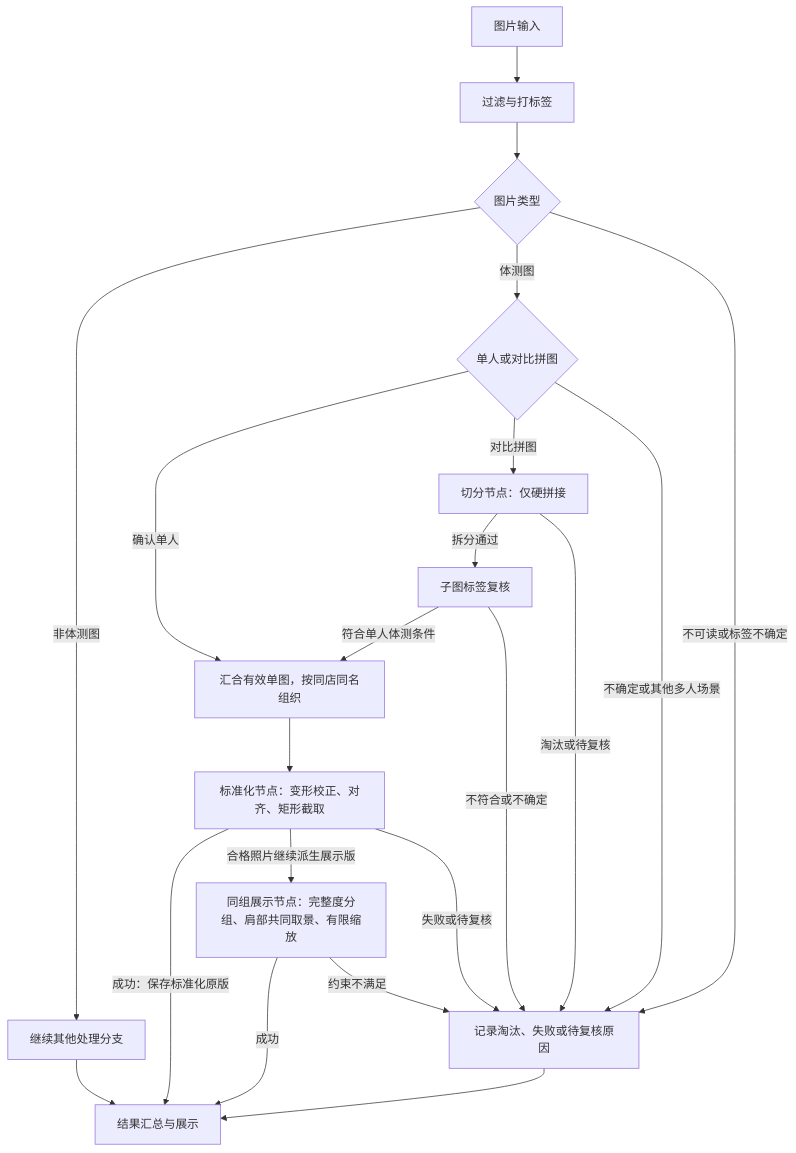
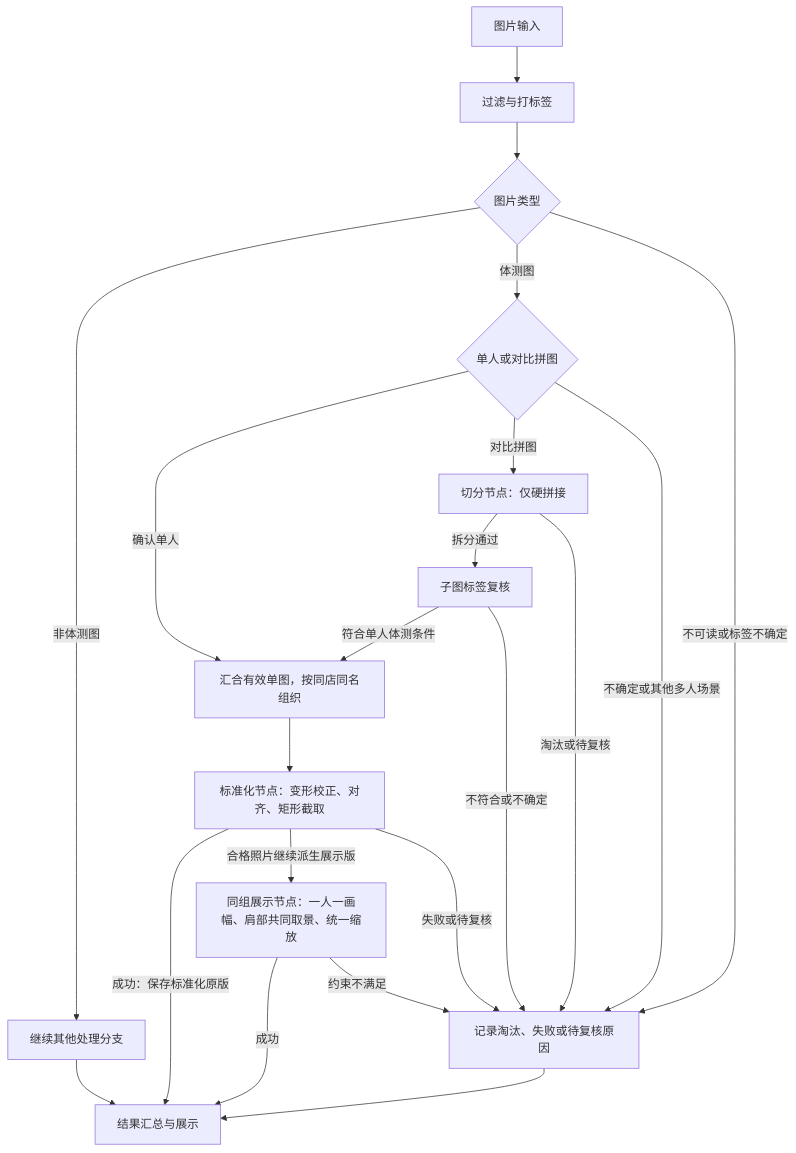
Before and after one commit to zmdo/smart-pos: the diagram in docs/workflows/body-scan-processing.md, drawn with Mermaid. The commit also changed other lines of this file and 12 other files, not shown here.

````diff
--- a/docs/workflows/body-scan-processing.md
+++ b/docs/workflows/body-scan-processing.md
@@ -19,23 +19,23 @@
 ```mermaid
 flowchart TD
     A[图片输入] --> B[过滤与打标签]
     B --> C{图片类型}
     C -->|非体测图| O[继续其他处理分支]
     C -->|体测图| D{单人或对比拼图}
     C -->|不可读或标签不确定| X[记录淘汰、失败或待复核原因]
     D -->|确认单人| M[汇合有效单图，按同店同名组织]
     D -->|对比拼图| P[切分节点：仅硬拼接]
     D -->|不确定或其他多人场景| X
     P -->|拆分通过| F[子图标签复核]
     P -->|淘汰或待复核| X
     F -->|符合单人体测条件| M
     F -->|不符合或不确定| X
     M --> S[标准化节点：变形校正、对齐、矩形截取]
     S -->|成功：保存标准化原版| R[结果汇总与展示]
-    S -->|合格照片继续派生展示版| G[同组展示节点：完整度分组、肩部共同取景、有限缩放]
+    S -->|合格照片继续派生展示版| G[同组展示节点：一人一画幅、肩部共同取景、统一缩放]
     G -->|成功| R
     G -->|约束不满足| X
     S -->|失败或待复核| X
     O --> R
     X --> R
 ```
````
